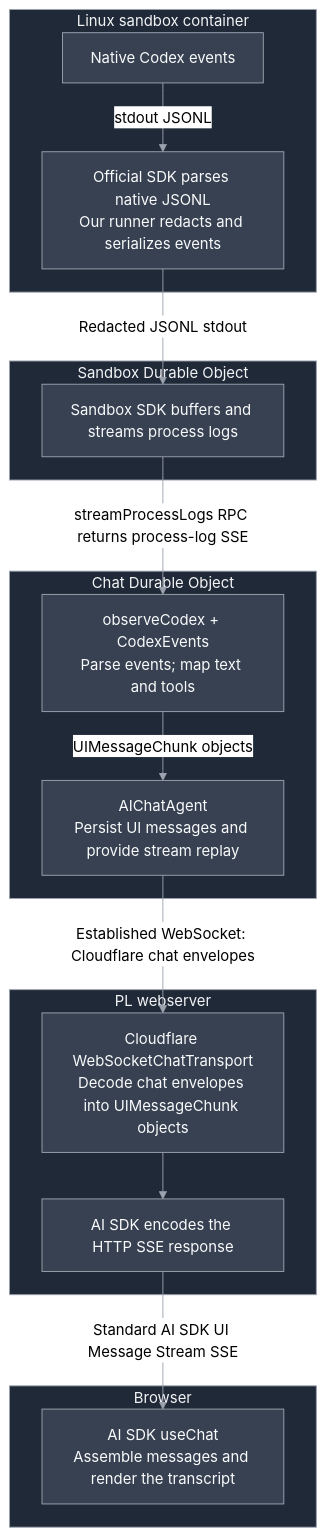
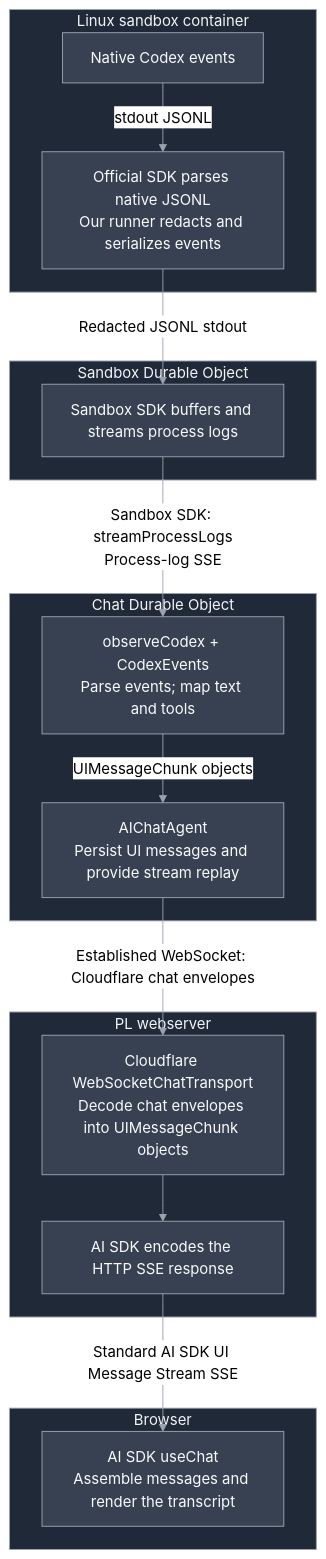
The second of 3 diagrams in docs/architecture.md (miguelaenlle/cloudflare-agents-sdk-test), drawn with Mermaid (neutral theme) before and after one commit. The commit also changed other lines of this file, not shown here.

Commit message:
Clarify SDK-managed communication in architecture docs

````diff
--- a/docs/architecture.md
+++ b/docs/architecture.md
@@ -101,37 +113,37 @@
 ```mermaid
 flowchart TB
     subgraph container["Linux sandbox container"]
         Native["Native Codex events"]
         Runner["Official SDK parses native JSONL<br/>Our runner redacts and serializes events"]
         Native -->|"stdout JSONL"| Runner
     end
     subgraph control["Sandbox Durable Object"]
         Logs["Sandbox SDK buffers and streams process logs"]
     end
     subgraph chat["Chat Durable Object"]
         Mapper["observeCodex + CodexEvents<br/>Parse events; map text and tools"]
         Agent["AIChatAgent<br/>Persist UI messages and provide stream replay"]
         Mapper -->|"UIMessageChunk objects"| Agent
     end
     subgraph backend["PL webserver"]
         Adapter["Cloudflare WebSocketChatTransport<br/>Decode chat envelopes into UIMessageChunk objects"]
         Relay["AI SDK encodes the HTTP SSE response"]
         Adapter --> Relay
     end
     subgraph browser["Browser"]
         UI["AI SDK useChat<br/>Assemble messages and render the transcript"]
     end
 
     Runner -->|"Redacted JSONL stdout"| Logs
-    Logs -->|"streamProcessLogs RPC returns process-log SSE"| Mapper
+    Logs -->|"Sandbox SDK: streamProcessLogs<br/>Process-log SSE"| Mapper
     Agent -->|"Established WebSocket: Cloudflare chat envelopes"| Adapter
     Relay -->|"Standard AI SDK UI Message Stream SSE"| UI
 
     classDef default fill:#374151,stroke:#9ca3af,color:#f9fafb
     style container fill:#1f2937,stroke:#9ca3af,color:#f3f4f6
     style control fill:#1f2937,stroke:#9ca3af,color:#f3f4f6
     style chat fill:#1f2937,stroke:#9ca3af,color:#f3f4f6
     style backend fill:#1f2937,stroke:#9ca3af,color:#f3f4f6
     style browser fill:#1f2937,stroke:#9ca3af,color:#f3f4f6
     linkStyle default stroke:#9ca3af
 ```
````
